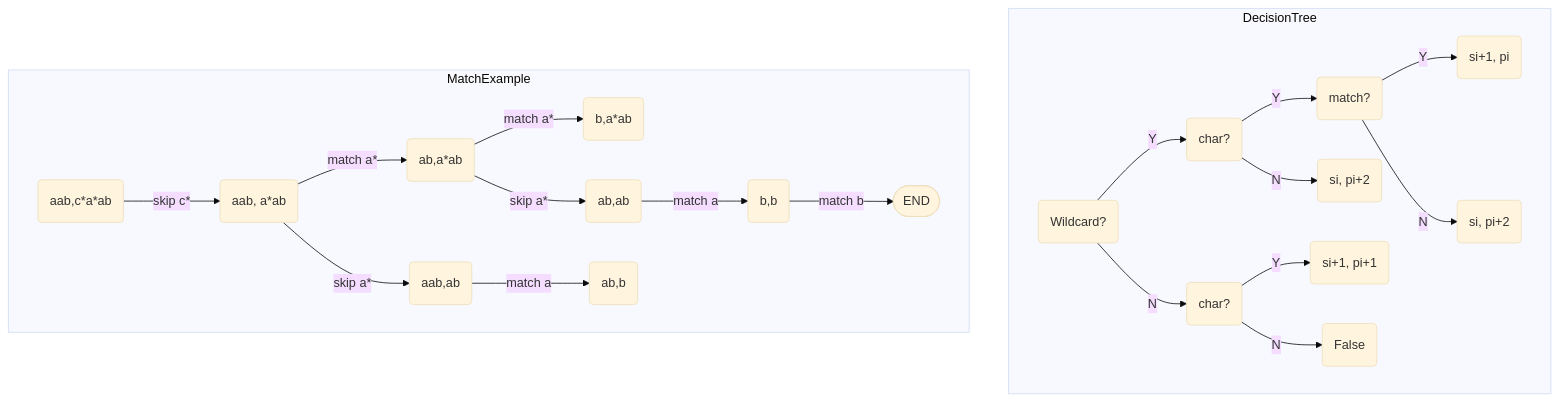
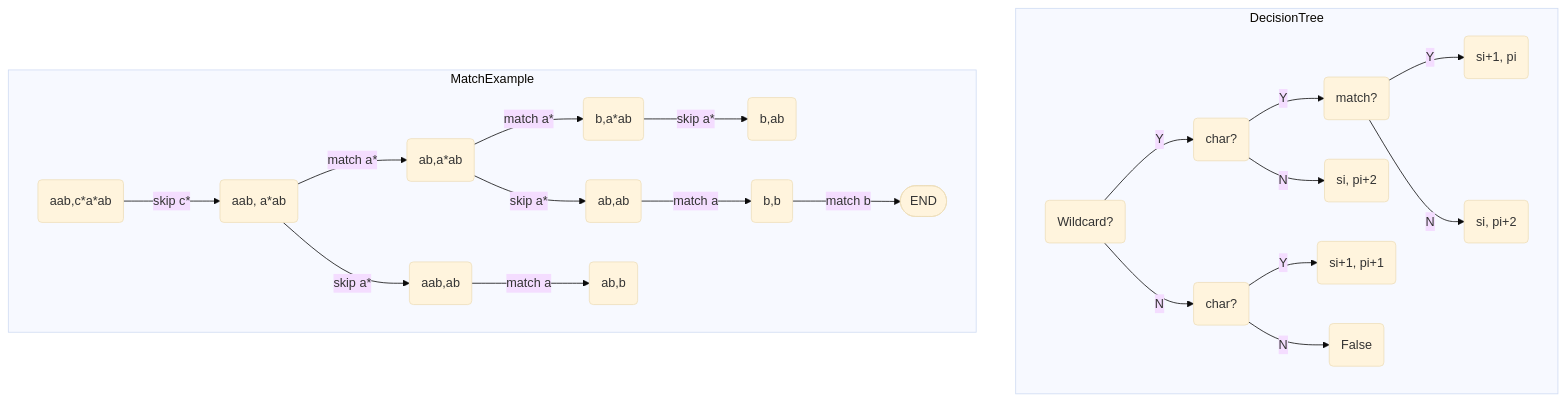
The diagram in content/solutions/regular-expression-matching.md (shawnau/Laniakea), drawn with Mermaid (base theme) before and after one commit. The commit also changed other lines of this file and 5 other files, not shown here.

````diff
--- a/content/solutions/regular-expression-matching.md
+++ b/content/solutions/regular-expression-matching.md
@@ -106,23 +107,24 @@
 ```mermaid
 graph TD;
   subgraph DecisionTree
   DROOT(Wildcard?)-->|Y|DL(char?);
   DL-->|Y|DLL(match?);
   DLL-->|Y|DLLL(si+1, pi);
   DLL-->|N|DLLR(si, pi+2);
   DL-->|N|DLR(si, pi+2);
   DROOT-->|N|DR(char?);
   DR-->|Y|DRL(si+1, pi+1);
   DR-->|N|DRR(False);
   end
   subgraph MatchExample
   ROOT(aab,c*a*ab)-->|skip c*|L(aab, a*ab);
   L-->|match a*|LL(ab,a*ab)
   L-->|skip a*|LR(aab,ab);
   LL-->|match a*|LLL(b,a*ab);
+  LLL-->|skip a*|LLLL(b,ab);
   LL-->|skip a*|LLR(ab,ab);
   LR-->|match a|LRL(ab,b);
   LLR-->|match a|LLRL(b,b);
   LLRL-->|match b|LLRLL([END]);
   end
 ```
````
